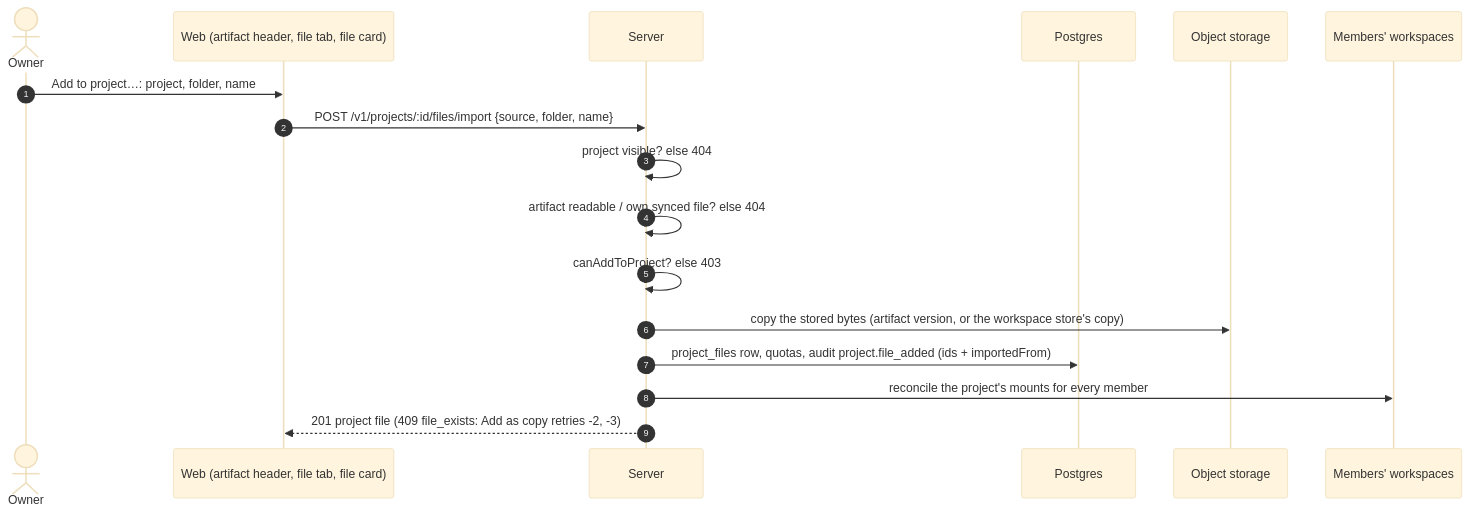
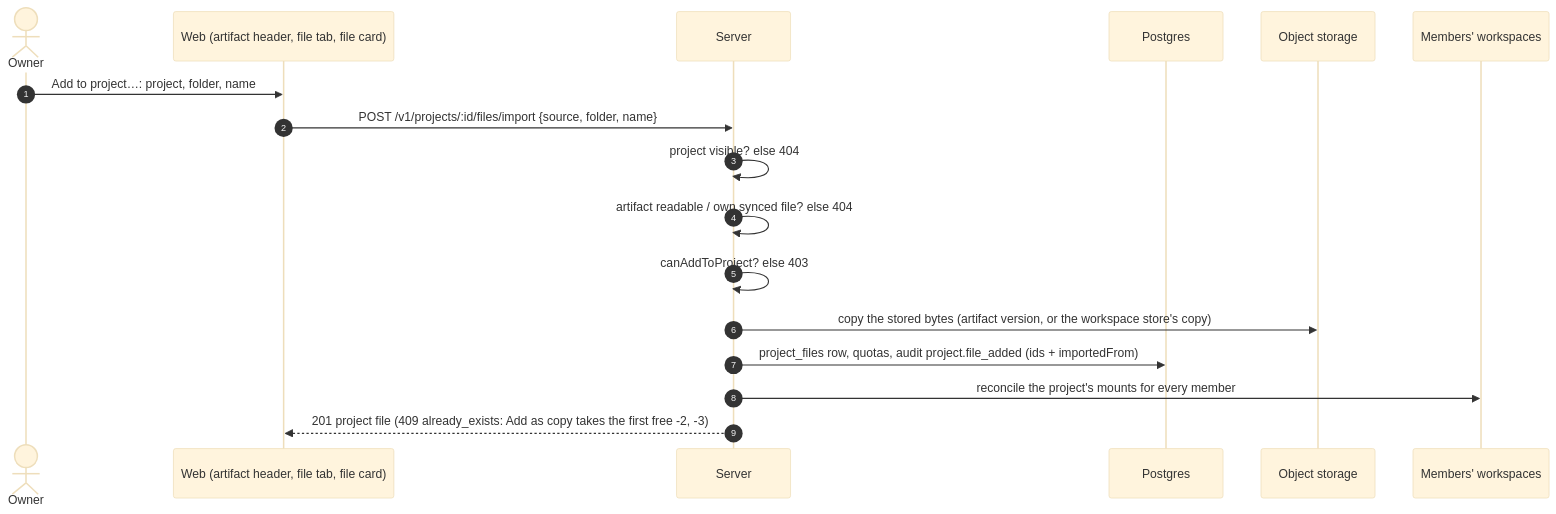
One commit to SplittingAtom/kobe changed the seventh of 9 diagrams in docs/file-editing.md. Above: the diagram before and after it, drawn with Mermaid (base theme). The commit also changed other lines of this file and 16 other files, not shown here.

````diff
--- a/docs/file-editing.md
+++ b/docs/file-editing.md
@@ -345,20 +345,20 @@
 ```mermaid
 sequenceDiagram
   autonumber
   actor O as Owner
   participant W as Web (artifact header, file tab, file card)
   participant S as Server
   participant DB as Postgres
   participant OS as Object storage
   participant M as Members' workspaces
 
   O->>W: Add to project…: project, folder, name
   W->>S: POST /v1/projects/:id/files/import {source, folder, name}
   S->>S: project visible? else 404
   S->>S: artifact readable / own synced file? else 404
   S->>S: canAddToProject? else 403
   S->>OS: copy the stored bytes (artifact version, or the workspace store's copy)
   S->>DB: project_files row, quotas, audit project.file_added (ids + importedFrom)
   S->>M: reconcile the project's mounts for every member
-  S-->>W: 201 project file (409 file_exists: Add as copy retries -2, -3)
+  S-->>W: 201 project file (409 already_exists: Add as copy takes the first free -2, -3)
 ```
````
